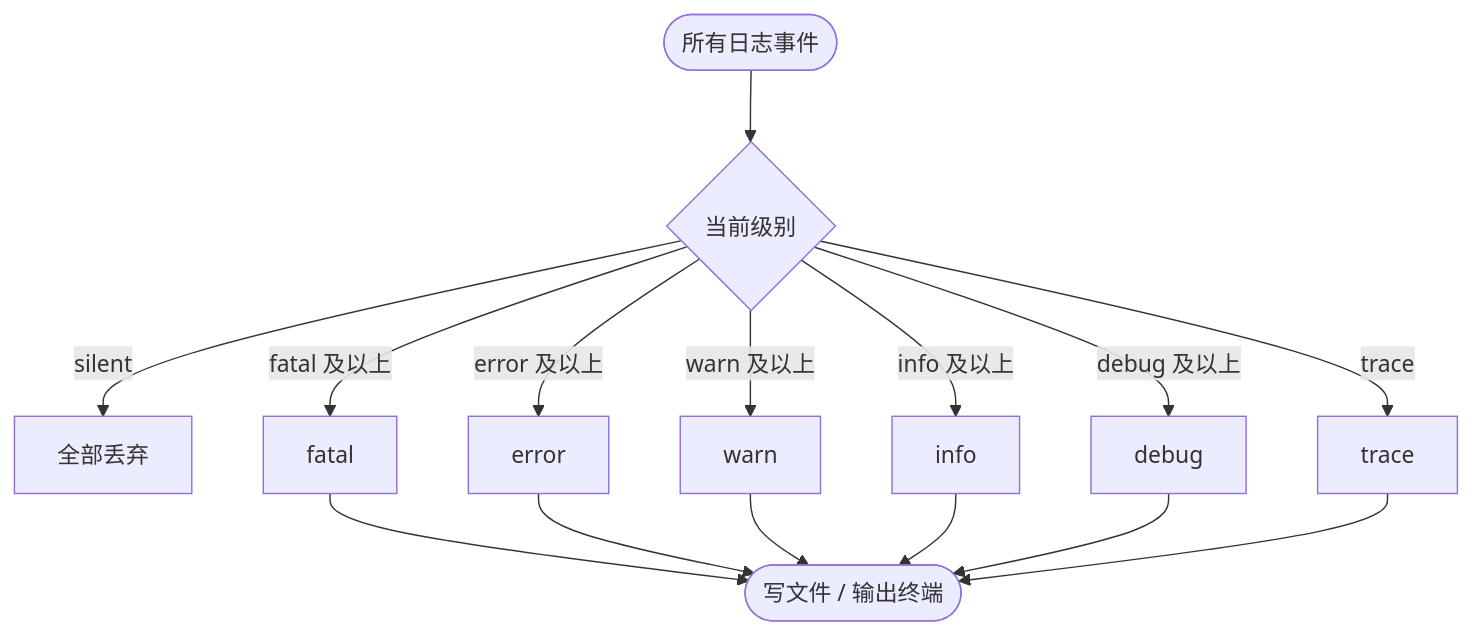
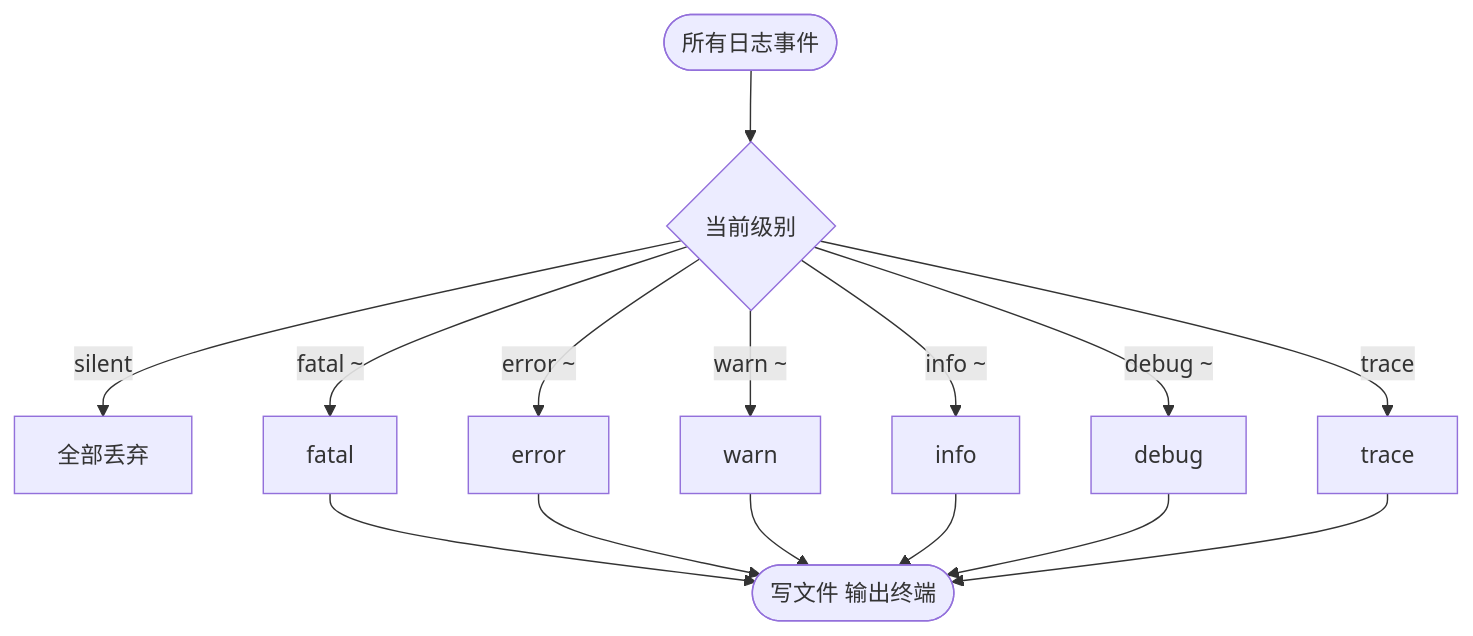
The second of 3 diagrams in docs/capabilities/observability.md (Summy2104/fleetent), drawn with Mermaid before and after one commit. The commit also changed other lines of this file, not shown here.

Commit message:
docs: rewrite mermaid diagrams for VSCode preview compatibility

````diff
--- a/docs/capabilities/observability.md
+++ b/docs/capabilities/observability.md
@@ -44,19 +44,19 @@
 ```mermaid
 flowchart TD
     ALL([所有日志事件]) --> S{当前级别}
 
     S -->|silent| DROP[全部丢弃]
-    S -->|fatal 及以上| FA[fatal]
-    S -->|error 及以上| ER[error]
-    S -->|warn 及以上| WA[warn]
-    S -->|info 及以上| IN[info]
-    S -->|debug 及以上| DE[debug]
+    S -->|"fatal ~"| FA[fatal]
+    S -->|"error ~"| ER[error]
+    S -->|"warn ~"| WA[warn]
+    S -->|"info ~"| IN[info]
+    S -->|"debug ~"| DE[debug]
     S -->|trace| TR[trace]
 
-    FA --> OUT([写文件 / 输出终端])
+    FA --> OUT([写文件 输出终端])
     ER --> OUT
     WA --> OUT
     IN --> OUT
     DE --> OUT
     TR --> OUT
 ```
````
